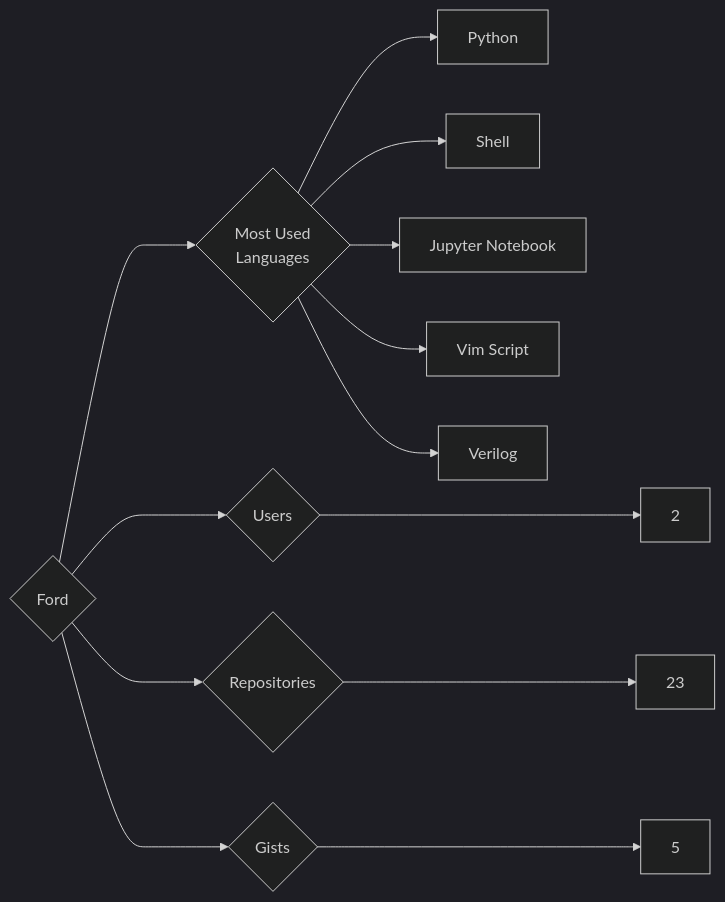
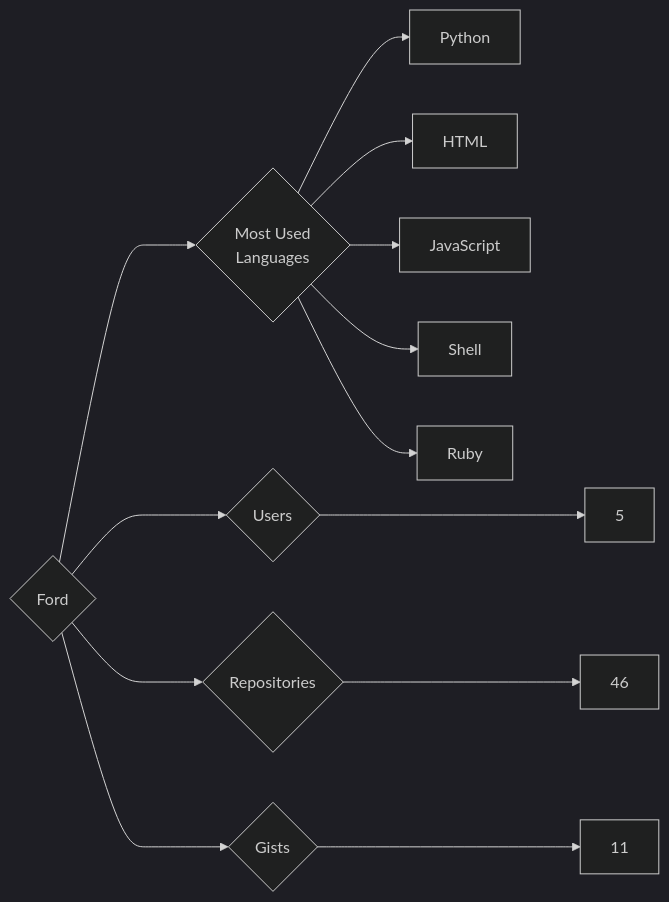
One commit to trickest/insiders changed the diagram in targets/Ford/README.md. Above: the diagram before and after it, drawn with Mermaid (dark theme). The commit also changed 640 other files, not shown here.

````diff
--- a/targets/Ford/README.md
+++ b/targets/Ford/README.md
@@ -3,13 +3,13 @@
 ```mermaid
 graph LR
 COMPANY_NAME{Ford}
-COMPANY_NAME ---> U{Users} ---> UN[2]
-COMPANY_NAME ---> R{Repositories} ---> RN[23]
-COMPANY_NAME ---> G{Gists} ---> GN[5]
+COMPANY_NAME ---> U{Users} ---> UN[5]
+COMPANY_NAME ---> R{Repositories} ---> RN[46]
+COMPANY_NAME ---> G{Gists} ---> GN[11]
 COMPANY_NAME ---> ML{Most Used<br>Languages}
 ML --> Python[Python]
+ML --> HTML[HTML]
+ML --> JavaScript[JavaScript]
 ML --> Shell[Shell]
-ML --> Jupyter_Notebook[Jupyter Notebook]
-ML --> Vim_Script[Vim Script]
-ML --> Verilog[Verilog]
+ML --> Ruby[Ruby]
 ```
````
